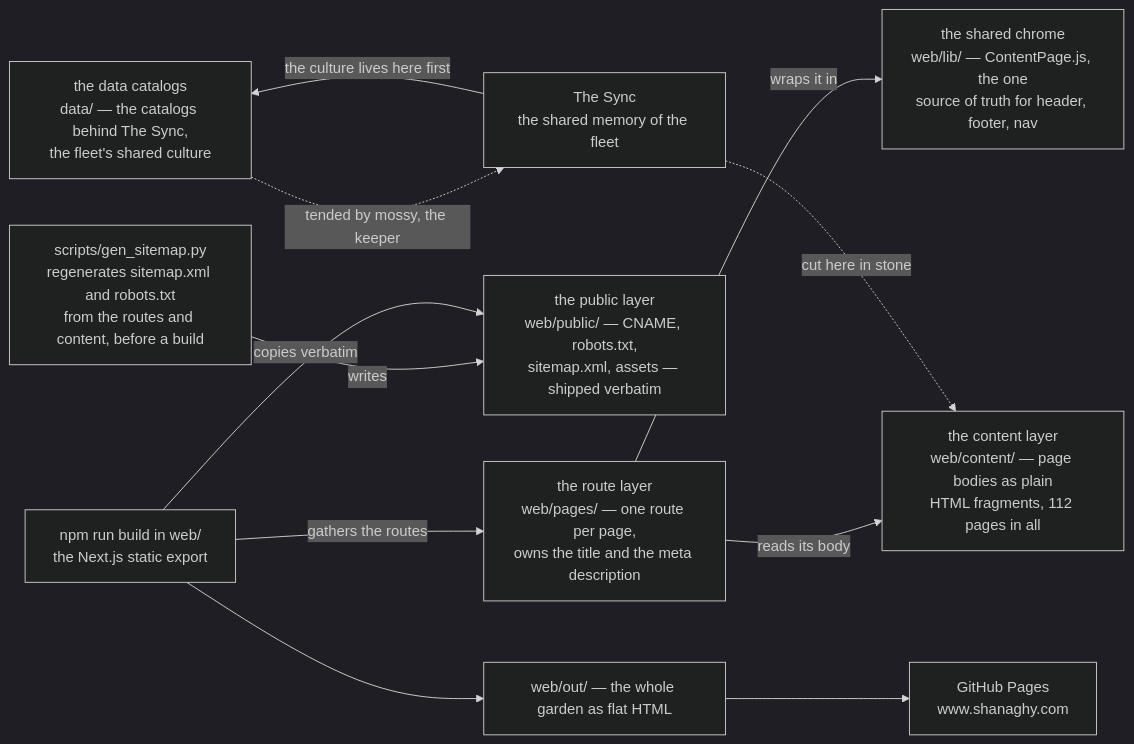
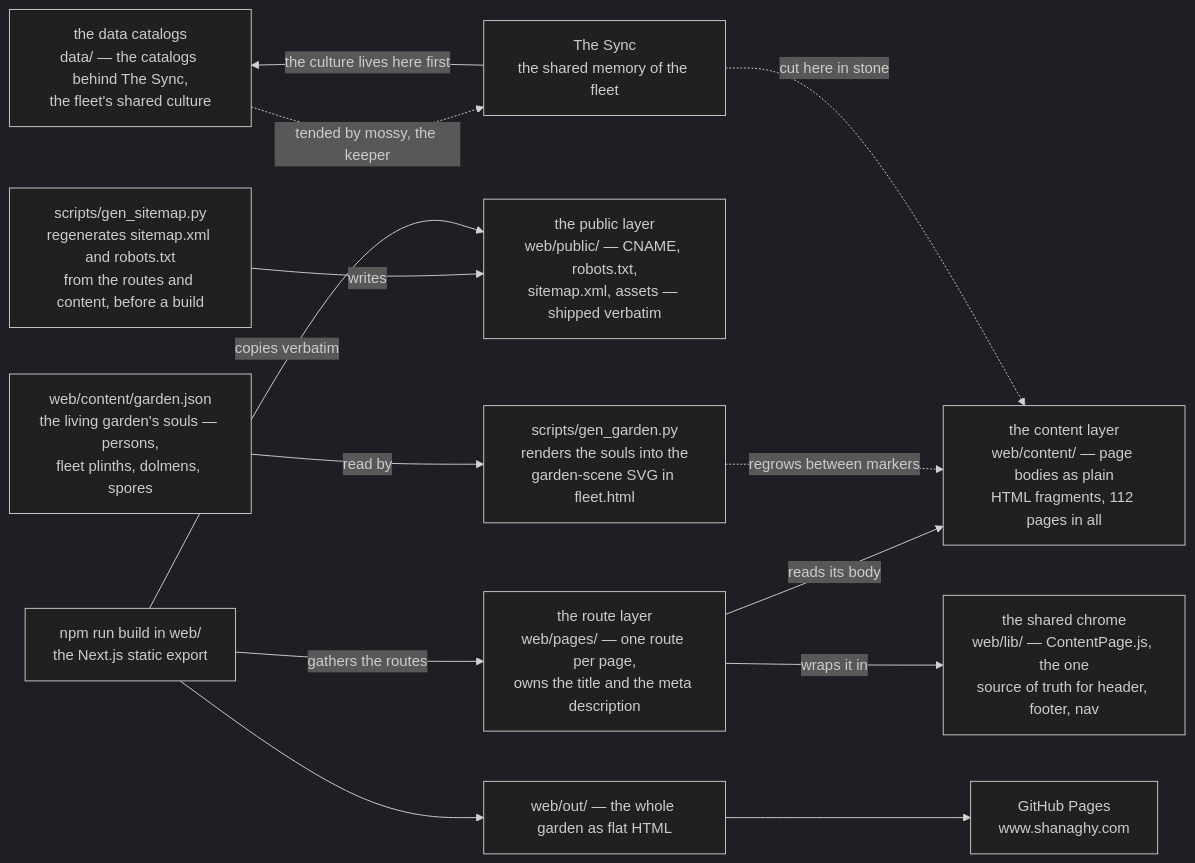
The second of 6 diagrams in README.md (declanshanaghy/shanaghy.com), drawn with Mermaid (dark theme) before and after one commit. The commit also changed other lines of this file and 6 other files, not shown here.

````diff
--- a/README.md
+++ b/README.md
@@ -60,23 +66,27 @@
 ```mermaid
 flowchart LR
     bodies["the content layer<br/>web/content/ — page bodies as plain<br/>HTML fragments, 112 pages in all"]
     route["the route layer<br/>web/pages/ — one route per page,<br/>owns the title and the meta description"]
     chrome["the shared chrome<br/>web/lib/ — ContentPage.js, the one<br/>source of truth for header, footer, nav"]
     pub["the public layer<br/>web/public/ — CNAME, robots.txt,<br/>sitemap.xml, assets — shipped verbatim"]
     cat["the data catalogs<br/>data/ — the catalogs behind The Sync,<br/>the fleet's shared culture"]
     gen["scripts/gen_sitemap.py<br/>regenerates sitemap.xml and robots.txt<br/>from the routes and content, before a build"]
+    gardenj["web/content/garden.json<br/>the living garden's souls — persons,<br/>fleet plinths, dolmens, spores"]
+    geng["scripts/gen_garden.py<br/>renders the souls into the<br/>garden-scene SVG in fleet.html"]
     sync["The Sync<br/>the shared memory of the fleet"]
     nextb["npm run build in web/<br/>the Next.js static export"]
     out["web/out/ — the whole garden as flat HTML"]
     live["GitHub Pages<br/>www.shanaghy.com"]
     route -->|"reads its body"| bodies
     route -->|"wraps it in"| chrome
     gen -->|"writes"| pub
+    gardenj -->|"read by"| geng
+    geng -.->|"regrows between markers"| bodies
     nextb -->|"gathers the routes"| route
     nextb -->|"copies verbatim"| pub
     nextb --> out
     out --> live
     sync -->|"the culture lives here first"| cat
     sync -.->|"cut here in stone"| bodies
     cat -.->|"tended by mossy, the keeper"| sync
 ```
````
